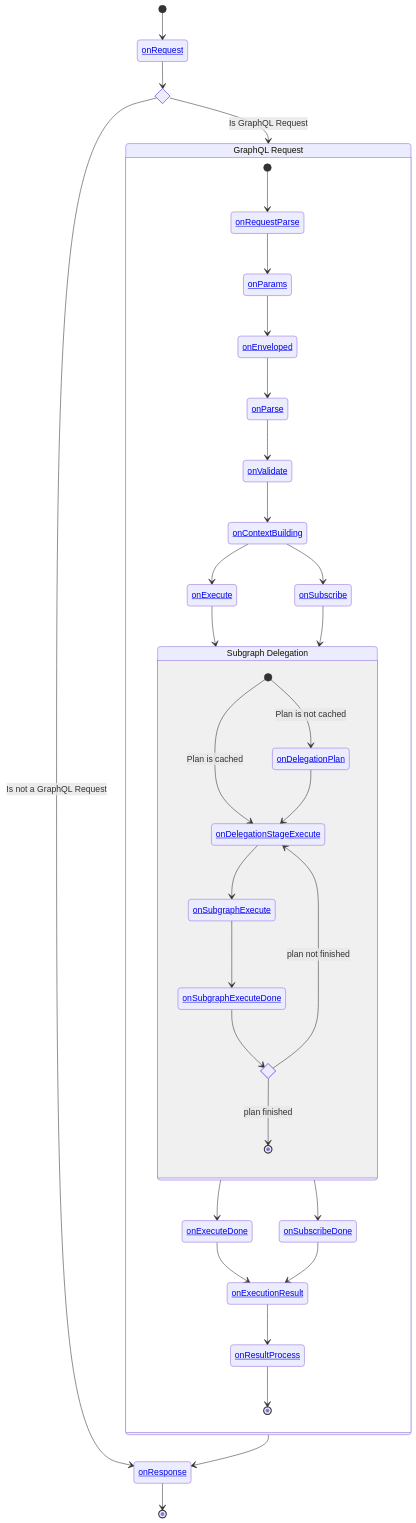
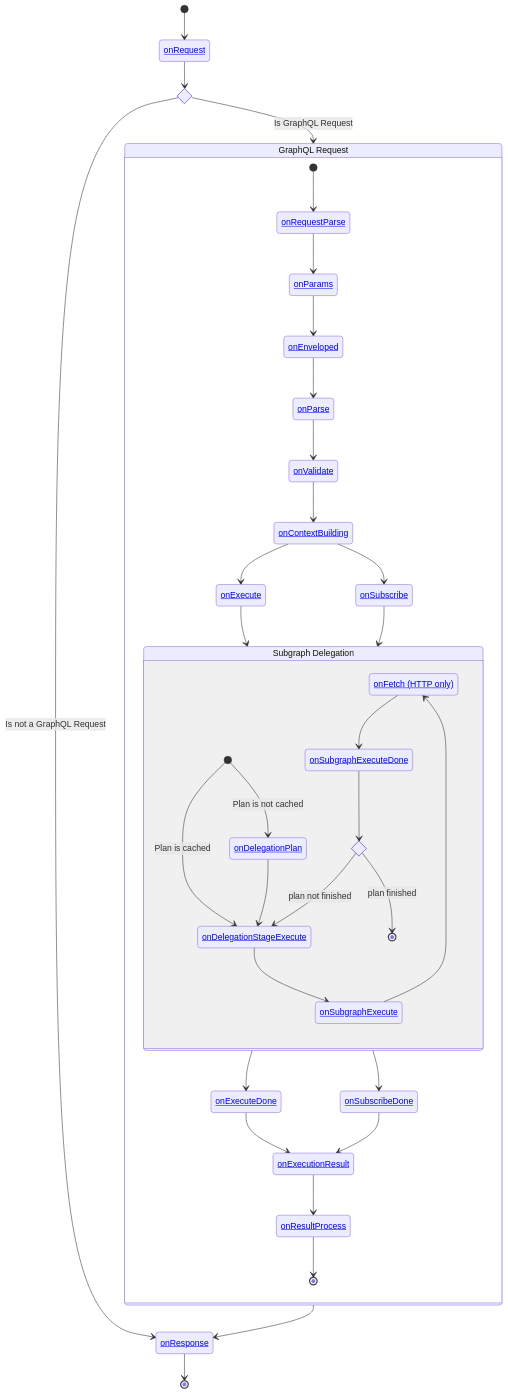
The diagram in packages/web/docs/src/pages/docs/gateway/other-features/plugins.mdx (graphql-hive/console), drawn with Mermaid before and after one commit.

Commit message:
add onFetch to the diagram again

````diff
--- a/packages/web/docs/src/pages/docs/gateway/other-features/plugins.mdx
+++ b/packages/web/docs/src/pages/docs/gateway/other-features/plugins.mdx
@@ -184,75 +184,77 @@
 ```mermaid
 stateDiagram-v2
   onRequest: <a href="#onrequest">onRequest</a>
   onResponse: <a href="#onresponse">onResponse</a>
   GraphQLRequest: GraphQL Request
 
   [*] --> onRequest
 
   state onRequest_if_state <<choice>>
 
   onRequest --> onRequest_if_state
 
   onRequest_if_state --> onResponse: Is not a GraphQL Request
   onRequest_if_state --> GraphQLRequest: Is GraphQL Request
 
   state GraphQLRequest {
     onRequestParse: <a href="#onrequestparse">onRequestParse</a>
     onParams: <a href="#onparams">onParams</a>
     onEnveloped: <a href="#onenveloped">onEnveloped</a>
     onParse: <a href="#onparse">onParse</a>
     onValidate: <a href="#onvalidate">onValidate</a>
     onContextBuilding: <a href="oncontextbuilding">onContextBuilding</a>
     onExecute: <a href="#onexecute">onExecute</a>
     onSubscribe: <a href="#onsubscribe">onSubscribe</a>
 
-    onExecuteDone: <a href="#onexecutedone"> onExecuteDone</a>
+    onExecuteDone: <a href="#onexecutedone">onExecuteDone</a>
+    onFetch: <a href="#onfetch">onFetch (HTTP only)</a>
     onSubscribeDone: <a href="#onsubscribedone">onSubscribeDone</a>
     onExecutionResult: <a href="#onexecutionresult">onExecutionResult</a>
     onResultProcess: <a href="#onresultprocess">onResultProcess</a>
 
 
     [*] --> onRequestParse
     onRequestParse --> onParams
     onParams --> onEnveloped
     onEnveloped --> onParse
     onParse --> onValidate
     onValidate --> onContextBuilding
     onContextBuilding --> onExecute
     onContextBuilding --> onSubscribe
 
     onExecute --> SubgraphDelegation
     onSubscribe --> SubgraphDelegation
 
     SubgraphDelegation: Subgraph Delegation
     state SubgraphDelegation {
       onDelegationPlan: <a href="#ondelegationplan">onDelegationPlan</a>
       onDelegationStageExecute: <a href="#ondelegationstageexecute">onDelegationStageExecute</a>
       onSubgraphExecute: <a href="#onsubgraphexecute">onSubgraphExecute</a>
       onSubgraphExecuteDone: <a href="#onsubgraphexecutedone">onSubgraphExecuteDone</a>
 
       [*] --> onDelegationPlan: Plan is not cached
       [*] --> onDelegationStageExecute: Plan is cached
       onDelegationPlan --> onDelegationStageExecute
       onDelegationStageExecute --> onSubgraphExecute
-      onSubgraphExecute --> onSubgraphExecuteDone
+      onSubgraphExecute --> onFetch
+      onFetch --> onSubgraphExecuteDone
 
       state is_plan_finished <<choice>>
       onSubgraphExecuteDone --> is_plan_finished
       is_plan_finished --> onDelegationStageExecute: plan not finished
       is_plan_finished --> [*]: plan finished
     }
 
     SubgraphDelegation --> onExecuteDone
     SubgraphDelegation --> onSubscribeDone
 
     onExecuteDone --> onExecutionResult
     onSubscribeDone --> onExecutionResult
 
     onExecutionResult --> onResultProcess
     onResultProcess --> [*]
   }
 
   GraphQLRequest --> onResponse
   onResponse --> [*]
 ```
````
